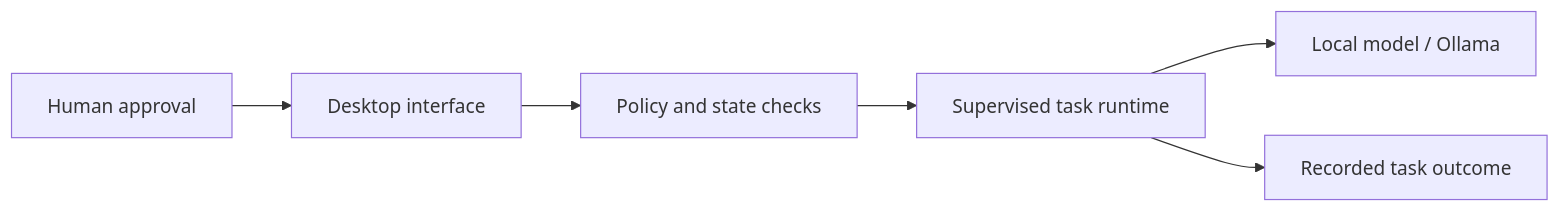
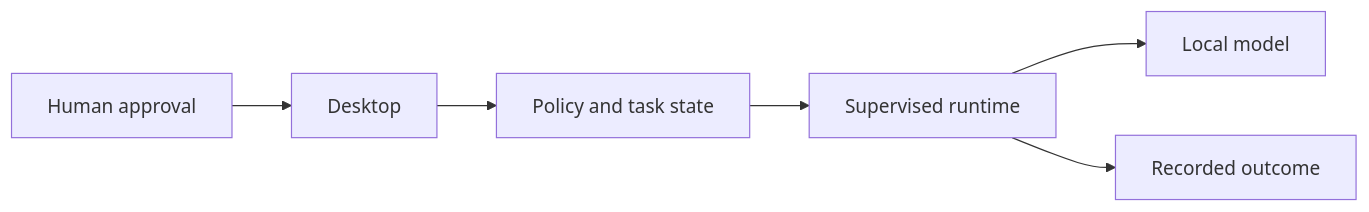
Before and after one commit to matheovitali/matheovitali: the diagram in projects/aios.md, drawn with Mermaid. The commit also changed other lines of this file, not shown here.

````diff
--- a/projects/aios.md
+++ b/projects/aios.md
@@ -46,8 +22,8 @@
 ```mermaid
 flowchart LR
-  Person[Human approval] --> Desktop[Desktop interface]
-  Desktop --> Control[Policy and state checks]
-  Control --> Runtime[Supervised task runtime]
-  Runtime --> Model[Local model / Ollama]
-  Runtime --> Result[Recorded task outcome]
+  Human[Human approval] --> UI[Desktop]
+  UI --> Core[Policy and task state]
+  Core --> Runtime[Supervised runtime]
+  Runtime --> Model[Local model]
+  Runtime --> Outcome[Recorded outcome]
 ```
````
